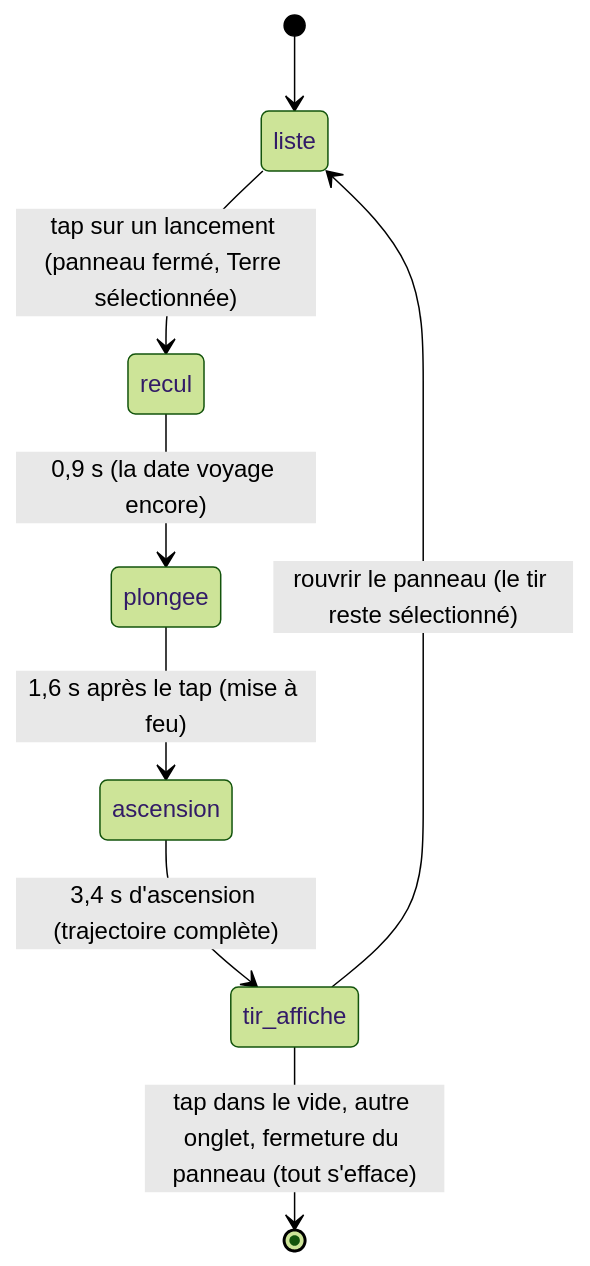
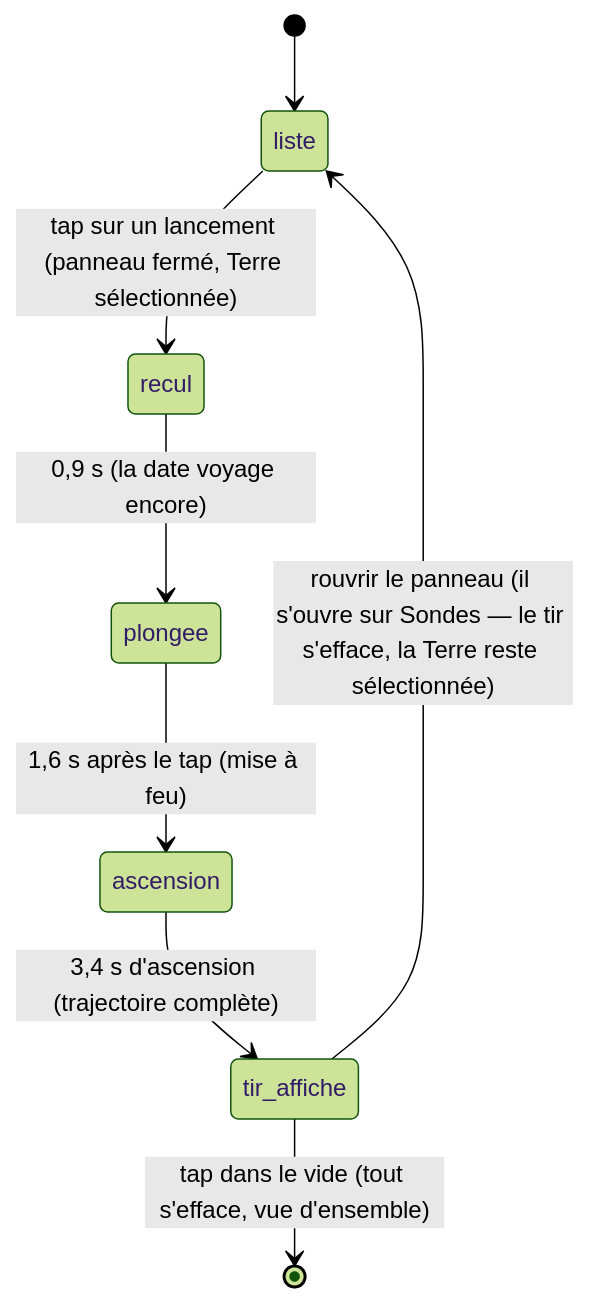
The diagram in docs/product-description/explorer/lancements.md (francoischay/solar-system-), drawn with Mermaid (forest theme) before and after one commit. The commit also changed other lines of this file and 19 other files, not shown here.

````diff
--- a/docs/product-description/explorer/lancements.md
+++ b/docs/product-description/explorer/lancements.md
@@ -19,10 +19,10 @@
 ```mermaid
 stateDiagram-v2
     [*] --> liste
     liste --> recul : tap sur un lancement (panneau fermé, Terre sélectionnée)
     recul --> plongee : 0,9 s (la date voyage encore)
     plongee --> ascension : 1,6 s après le tap (mise à feu)
     ascension --> tir_affiche : 3,4 s d'ascension (trajectoire complète)
-    tir_affiche --> liste : rouvrir le panneau (le tir reste sélectionné)
-    tir_affiche --> [*] : tap dans le vide, autre onglet, fermeture du panneau (tout s'efface)
+    tir_affiche --> liste : rouvrir le panneau (il s'ouvre sur Sondes — le tir s'efface, la Terre reste sélectionnée)
+    tir_affiche --> [*] : tap dans le vide (tout s'efface, vue d'ensemble)
 ```
````
